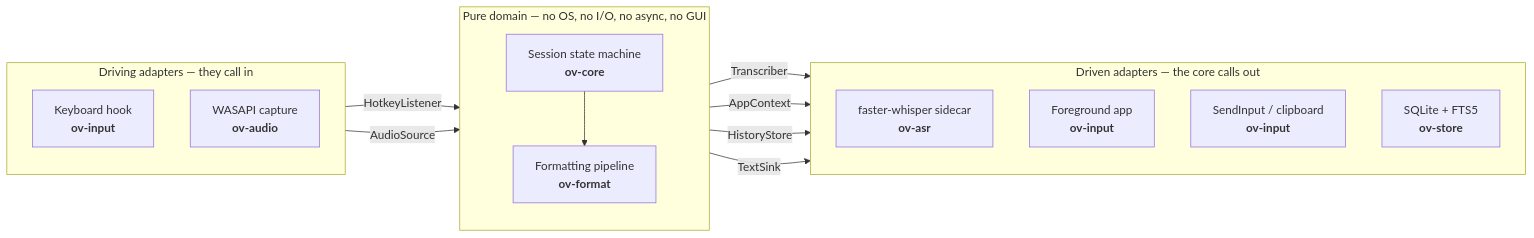
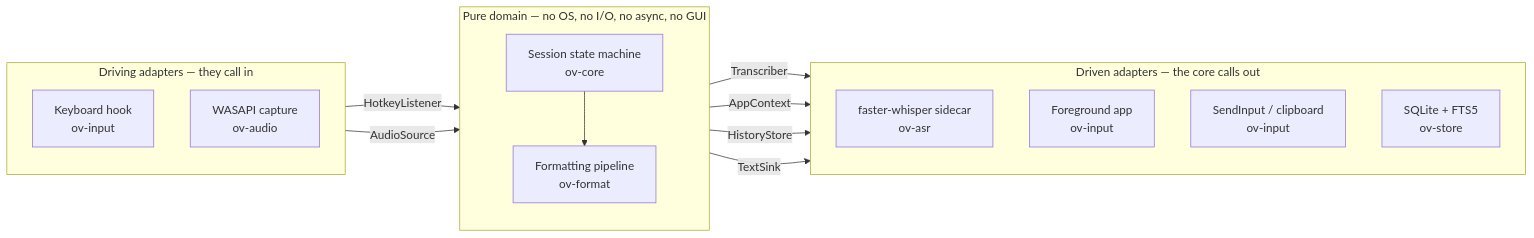
The diagram in README.md (adityashelke04/OpenVoice), drawn with Mermaid before and after one commit. The commit also changed other lines of this file and 1 other file, not shown here.

Commit message:
docs: keep the diagram labels out of Mermaid's HTML mode
`<b>` inside a Mermaid node label only renders as bold when `htmlLabels` is on.
GitHub does not guarantee it, and the failure is not a plain label -- it is the
literal characters `<b>` drawn into the box. Bold was decoration here; the label
reads the same without it, and now it reads the same either way.

`&mdash;` goes the same way, replaced by the character itself.

````diff
--- a/README.md
+++ b/README.md
@@ -209,30 +209,30 @@
 ```mermaid
 flowchart LR
-    subgraph driving["Driving adapters &mdash; they call in"]
+    subgraph driving["Driving adapters — they call in"]
         direction TB
-        HK["Keyboard hook<br/><b>ov-input</b>"]
-        MIC["WASAPI capture<br/><b>ov-audio</b>"]
+        HK["Keyboard hook<br/>ov-input"]
+        MIC["WASAPI capture<br/>ov-audio"]
     end
 
-    subgraph core["Pure domain &mdash; no OS, no I/O, no async, no GUI"]
+    subgraph core["Pure domain — no OS, no I/O, no async, no GUI"]
         direction TB
-        SM["Session state machine<br/><b>ov-core</b>"]
-        FMT["Formatting pipeline<br/><b>ov-format</b>"]
+        SM["Session state machine<br/>ov-core"]
+        FMT["Formatting pipeline<br/>ov-format"]
         SM --> FMT
     end
 
-    subgraph driven["Driven adapters &mdash; the core calls out"]
+    subgraph driven["Driven adapters — the core calls out"]
         direction TB
-        ASR["faster-whisper sidecar<br/><b>ov-asr</b>"]
-        APP["Foreground app<br/><b>ov-input</b>"]
-        SINK["SendInput / clipboard<br/><b>ov-input</b>"]
-        DB["SQLite + FTS5<br/><b>ov-store</b>"]
+        ASR["faster-whisper sidecar<br/>ov-asr"]
+        APP["Foreground app<br/>ov-input"]
+        SINK["SendInput / clipboard<br/>ov-input"]
+        DB["SQLite + FTS5<br/>ov-store"]
     end
 
     HK   -- "HotkeyListener" --> SM
     MIC  -- "AudioSource"    --> SM
     SM   -- "Transcriber"    --> ASR
     SM   -- "AppContext"     --> APP
     SM   -- "HistoryStore"   --> DB
     FMT  -- "TextSink"       --> SINK
 ```
````
